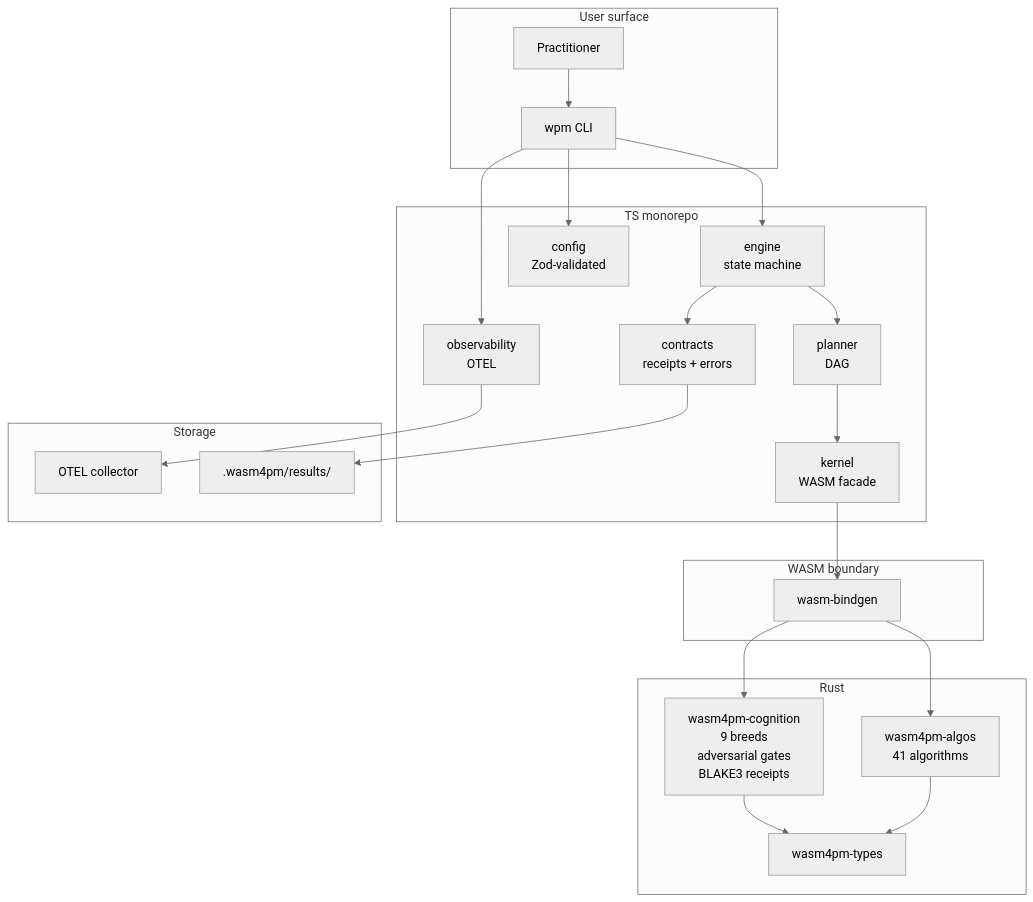
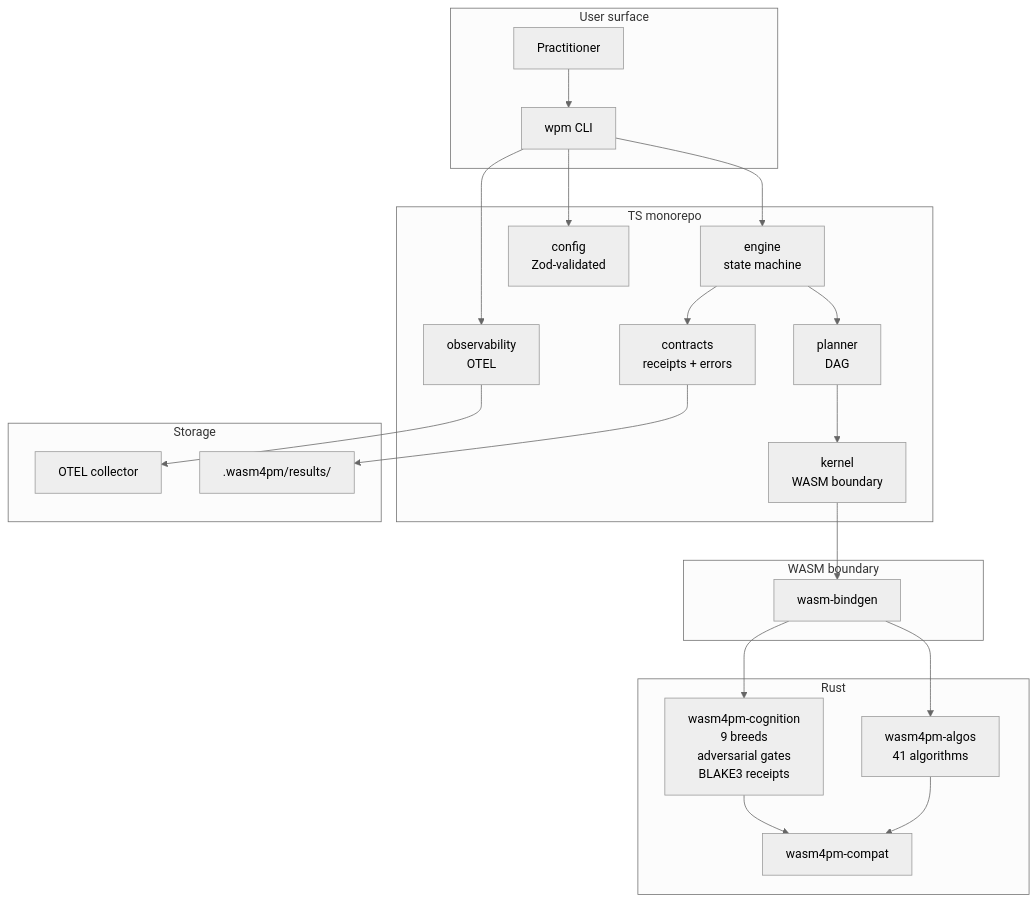
One commit to seanchatmangpt/wasm4pm changed diagram 40 of 40 in docs_quarantine/ARCHIVE/docs/cognition-doctrine.md. Above: the diagram before and after it, drawn with Mermaid (neutral theme). The commit also changed other lines of this file and 418 other files, not shown here.

````diff
--- a/docs_quarantine/ARCHIVE/docs/cognition-doctrine.md
+++ b/docs_quarantine/ARCHIVE/docs/cognition-doctrine.md
@@ -820,46 +820,46 @@
 ```mermaid
 flowchart TD
     subgraph "User surface"
         USER2[Practitioner]
         CLI4[wpm CLI]
     end
 
     subgraph "TS monorepo"
         ENGINE2[engine\nstate machine]
-        KERNEL2[kernel\nWASM facade]
+        KERNEL2[kernel\nWASM boundary]
         CONFIG2[config\nZod-validated]
         PLANNER2[planner\nDAG]
         OBS2[observability\nOTEL]
         CONTRACTS2[contracts\nreceipts + errors]
     end
 
     subgraph "WASM boundary"
         WB2[wasm-bindgen]
     end
 
     subgraph "Rust"
         PM2[wasm4pm-algos\n41 algorithms]
         COG2[wasm4pm-cognition\n9 breeds\nadversarial gates\nBLAKE3 receipts]
-        TYPES2[wasm4pm-types]
+        TYPES2[wasm4pm-compat]
     end
 
     subgraph "Storage"
         RES[.wasm4pm/results/]
         OTELSINK[OTEL collector]
     end
 
     USER2 --> CLI4
     CLI4 --> ENGINE2
     CLI4 --> CONFIG2
     ENGINE2 --> PLANNER2
     PLANNER2 --> KERNEL2
     KERNEL2 --> WB2
     WB2 --> PM2
     WB2 --> COG2
     PM2 --> TYPES2
     COG2 --> TYPES2
     CLI4 --> OBS2
     OBS2 --> OTELSINK
     ENGINE2 --> CONTRACTS2
     CONTRACTS2 --> RES
 ```
````
